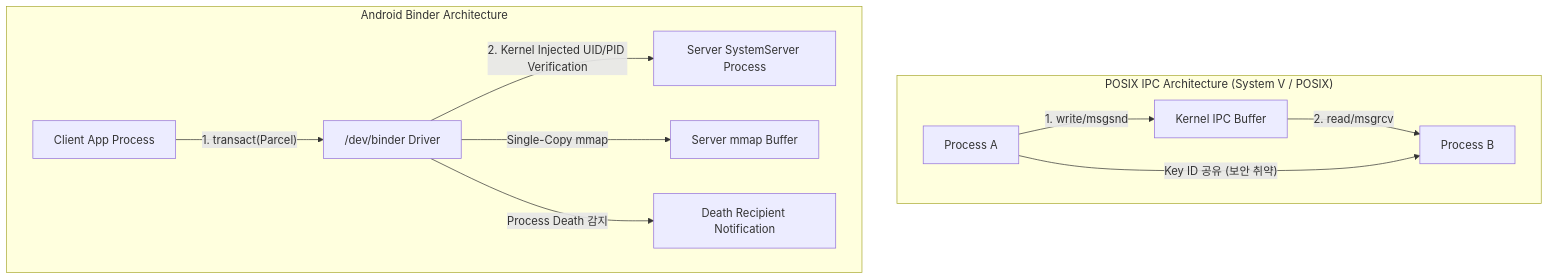
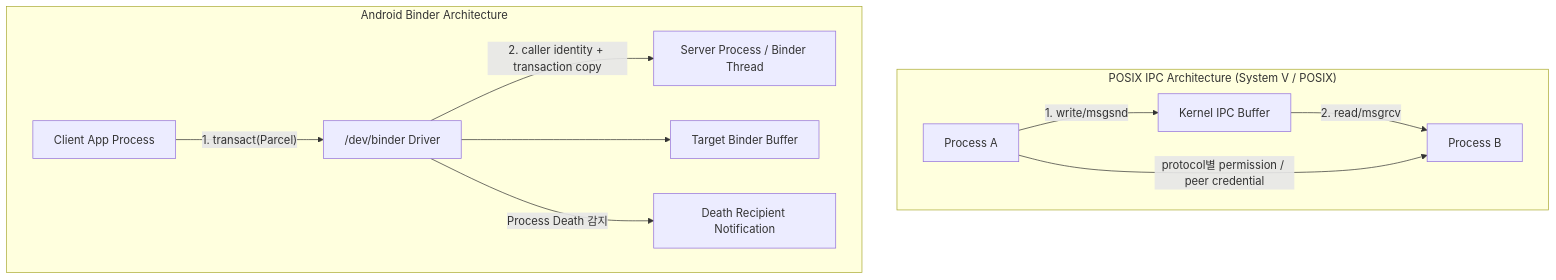
One commit to youngmin-gwon/what-i-studied changed the diagram in 01_inbox/mobile/android/01_system_internals/ipc-and-process/ipc-process-contracts/posix-ipc-vs-android-binder-contracts.md. Above: the diagram before and after it, drawn with Mermaid. The commit also changed other lines of this file and 89 other files, not shown here.

````diff
--- a/01_inbox/mobile/android/01_system_internals/ipc-and-process/ipc-process-contracts/posix-ipc-vs-android-binder-contracts.md
+++ b/01_inbox/mobile/android/01_system_internals/ipc-and-process/ipc-process-contracts/posix-ipc-vs-android-binder-contracts.md
@@ -30,15 +30,15 @@
 ```mermaid
 graph TB
     subgraph "POSIX IPC Architecture (System V / POSIX)"
         P1["Process A"] -- "1. write/msgsnd" --> KB["Kernel IPC Buffer"]
         KB -- "2. read/msgrcv" --> P2["Process B"]
-        P1 -- "Key ID 공유 (보안 취약)" --> P2
+        P1 -- "protocol별 permission / peer credential" --> P2
     end
 
     subgraph "Android Binder Architecture"
         Client["Client App Process"] -- "1. transact(Parcel)" --> BD["/dev/binder Driver"]
-        BD -- "2. Kernel Injected UID/PID Verification" --> Server["Server SystemServer Process"]
-        BD -- "Single-Copy mmap" --> ServerBuf["Server mmap Buffer"]
+        BD -- "2. caller identity + transaction copy" --> Server["Server Process / Binder Thread"]
+        BD --> ServerBuf["Target Binder Buffer"]
         BD -- "Process Death 감지" --> Death["Death Recipient Notification"]
     end
 ```
````
